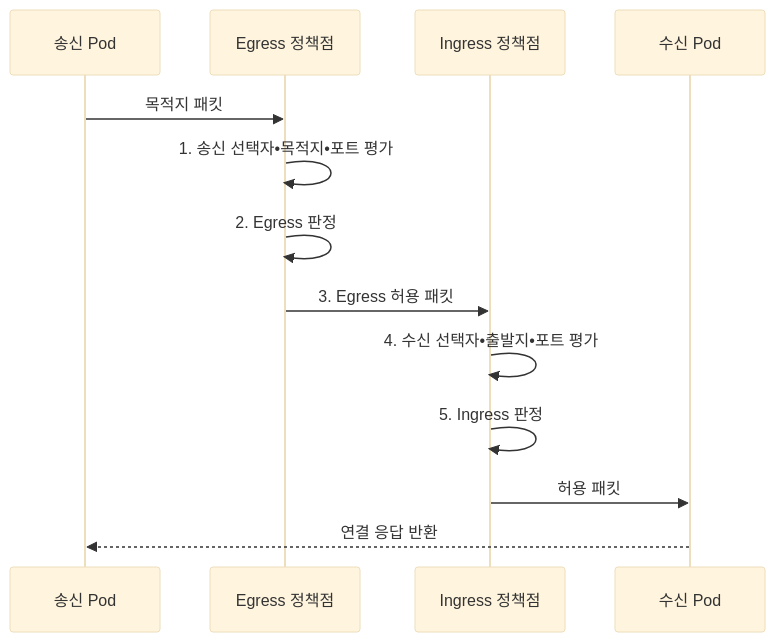
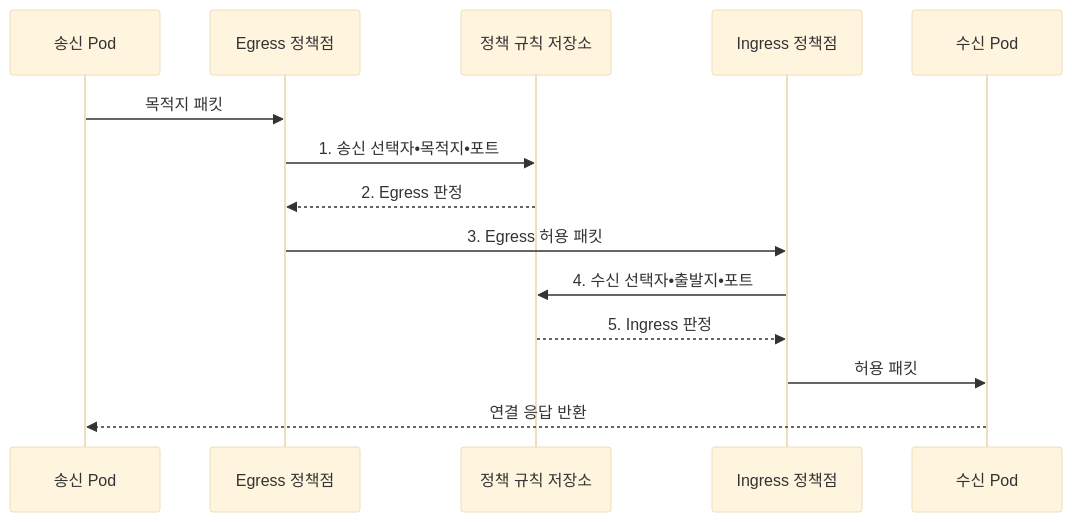
The second of 2 diagrams in src/content/docs/notes/03-software/156_kubernetes_networkpolicy_cni.md (agnusdei1207/knowledge-base), drawn with Mermaid (base theme) before and after one commit. The commit also changed other lines of this file and 7 other files, not shown here.

````diff
--- a/src/content/docs/notes/03-software/156_kubernetes_networkpolicy_cni.md
+++ b/src/content/docs/notes/03-software/156_kubernetes_networkpolicy_cni.md
@@ -107,15 +107,16 @@
 ```mermaid
 sequenceDiagram
     participant S as 송신 Pod
     participant E as Egress 정책점
+    participant P as 정책 규칙 저장소
     participant I as Ingress 정책점
     participant D as 수신 Pod
     S->>E: 목적지 패킷
-    E->>E: 1. 송신 선택자•목적지•포트 평가
-    E->>E: 2. Egress 판정
+    E->>P: 1. 송신 선택자•목적지•포트
+    P-->>E: 2. Egress 판정
     E->>I: 3. Egress 허용 패킷
-    I->>I: 4. 수신 선택자•출발지•포트 평가
-    I->>I: 5. Ingress 판정
+    I->>P: 4. 수신 선택자•출발지•포트
+    P-->>I: 5. Ingress 판정
     I->>D: 허용 패킷
     D-->>S: 연결 응답 반환
 ```
````
